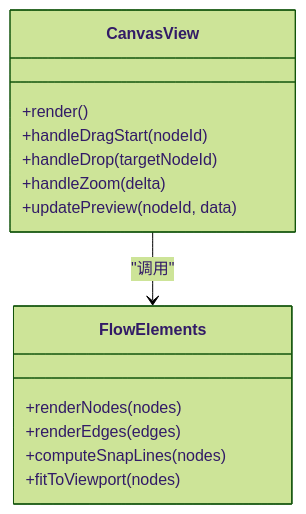
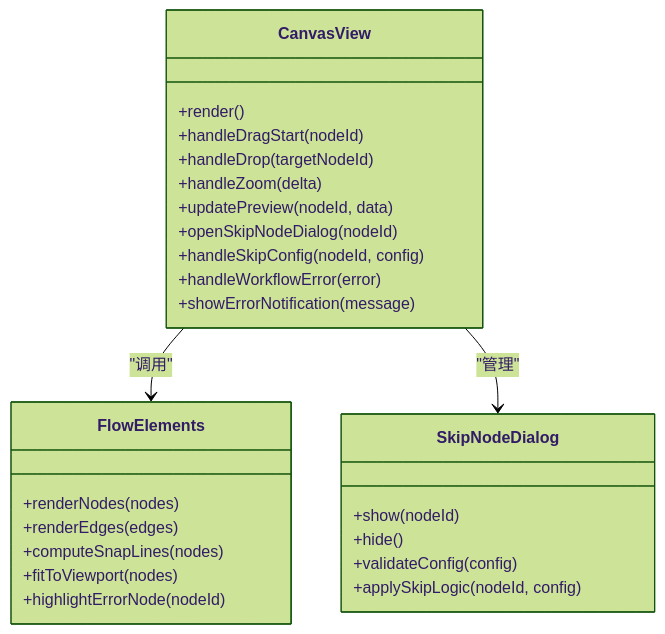
The third of 15 diagrams in .qoder/repowiki/zh/content/画布编辑器/画布编辑器.md (scottcwy/PurpleInk), drawn with Mermaid (forest theme) before and after one commit. The commit also changed other lines of this file and 109 other files, not shown here.

````diff
--- a/.qoder/repowiki/zh/content/画布编辑器/画布编辑器.md
+++ b/.qoder/repowiki/zh/content/画布编辑器/画布编辑器.md
@@ -223,17 +249,29 @@
 ```mermaid
 classDiagram
 class CanvasView {
 +render()
 +handleDragStart(nodeId)
 +handleDrop(targetNodeId)
 +handleZoom(delta)
 +updatePreview(nodeId, data)
++openSkipNodeDialog(nodeId)
++handleSkipConfig(nodeId, config)
++handleWorkflowError(error)
++showErrorNotification(message)
 }
 class FlowElements {
 +renderNodes(nodes)
 +renderEdges(edges)
 +computeSnapLines(nodes)
 +fitToViewport(nodes)
++highlightErrorNode(nodeId)
+}
+class SkipNodeDialog {
++show(nodeId)
++hide()
++validateConfig(config)
++applySkipLogic(nodeId, config)
 }
 CanvasView --> FlowElements : "调用"
+CanvasView --> SkipNodeDialog : "管理"
 ```
````
